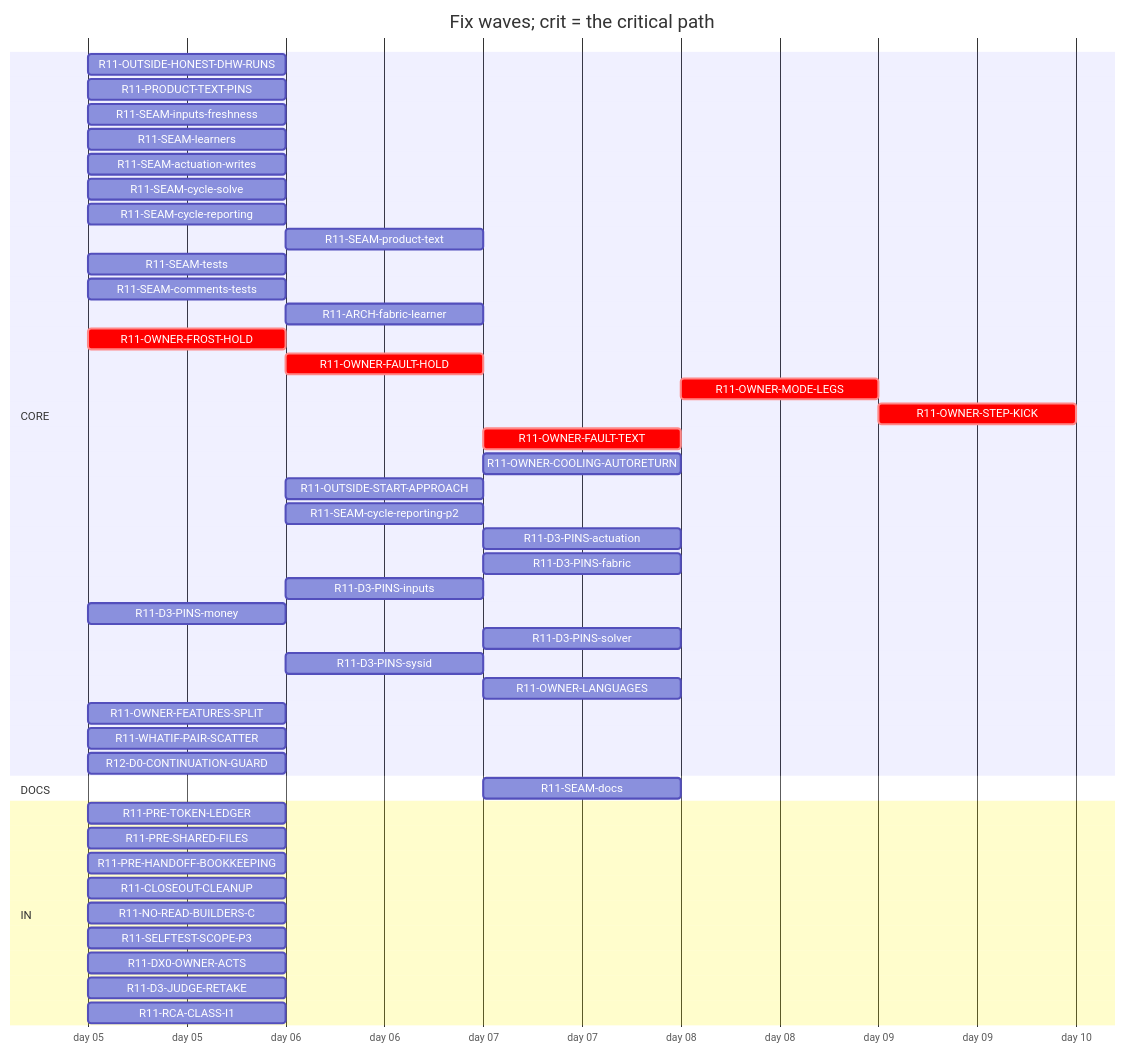
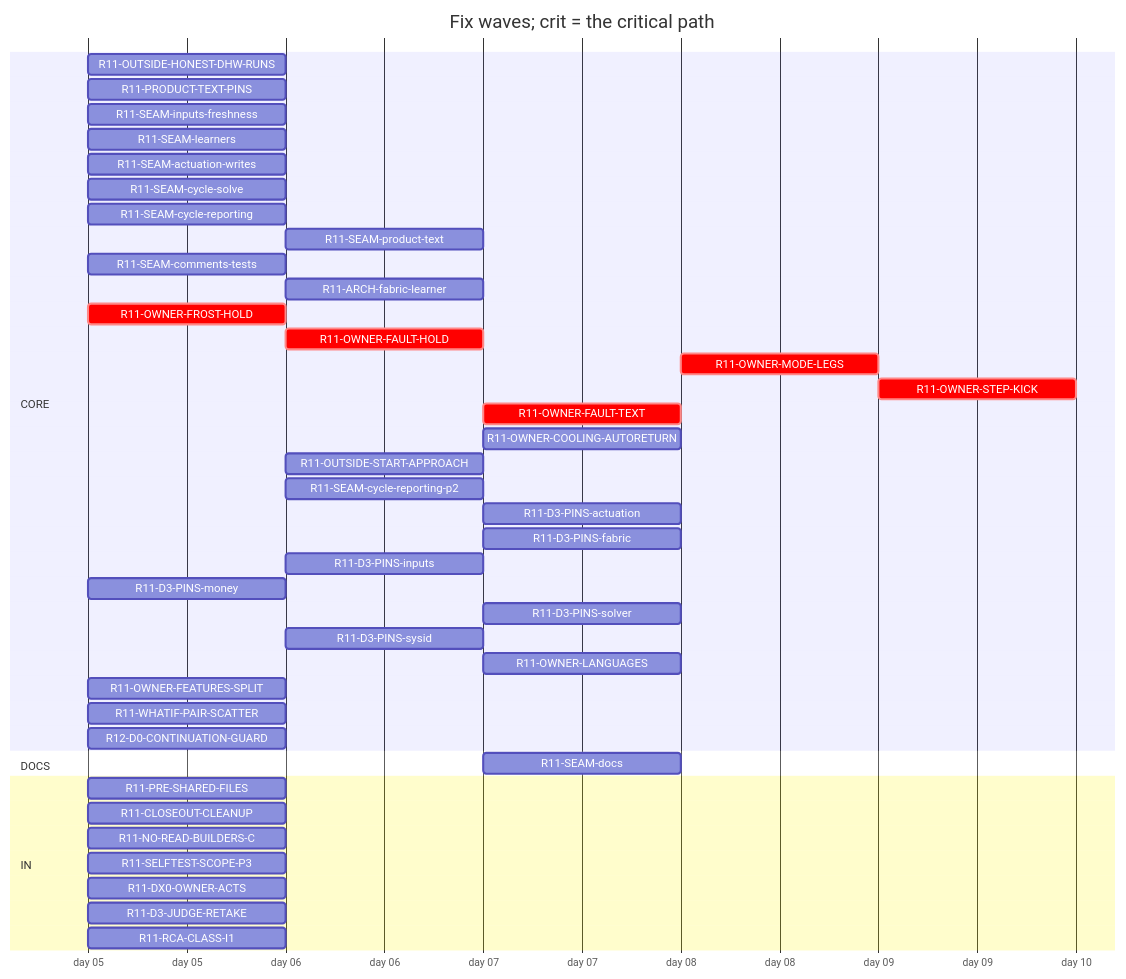
One commit to tvofi/heatpump_optimizer changed the diagram in handoff/round11/state/PLAN-TABLE.md. Above: the diagram before and after it, drawn with Mermaid. The commit also changed other lines of this file and 4 other files, not shown here.

Commit message:
state: FLOW-BOARD.md, NEXT-SESSION-PROMPT.md, PLAN-TABLE.md, PLAN.html, RESUME-CURRENT.md regenerated (state_docs.py)

````diff
--- a/handoff/round11/state/PLAN-TABLE.md
+++ b/handoff/round11/state/PLAN-TABLE.md
@@ -16,48 +16,45 @@
 ```mermaid
 gantt
   title Fix waves; crit = the critical path
   dateFormat YYYY-MM-DD
   axisFormat day %d
   section CORE
     R11-OUTSIDE-HONEST-DHW-RUNS :r11OUTSIDEHONESTDHWRUNS, 2026-01-05, 1d
     R11-PRODUCT-TEXT-PINS :r11PRODUCTTEXTPINS, 2026-01-05, 1d
     R11-SEAM-inputs-freshness :r11SEAMinputsfreshness, 2026-01-05, 1d
     R11-SEAM-learners :r11SEAMlearners, 2026-01-05, 1d
     R11-SEAM-actuation-writes :r11SEAMactuationwrites, 2026-01-05, 1d
     R11-SEAM-cycle-solve :r11SEAMcyclesolve, 2026-01-05, 1d
     R11-SEAM-cycle-reporting :r11SEAMcyclereporting, 2026-01-05, 1d
     R11-SEAM-product-text :r11SEAMproducttext, after r11SEAMactuationwrites r11SEAMinputsfreshness r11SEAMcyclesolve r11SEAMcyclereporting, 1d
-    R11-SEAM-tests :r11SEAMtests, 2026-01-05, 1d
     R11-SEAM-comments-tests :r11SEAMcommentstests, 2026-01-05, 1d
     R11-ARCH-fabric-learner :r11ARCHfabriclearner, after r11SEAMlearners, 1d
     R11-OWNER-FROST-HOLD :crit, r11OWNERFROSTHOLD, 2026-01-05, 1d
     R11-OWNER-FAULT-HOLD :crit, r11OWNERFAULTHOLD, after r11OWNERFROSTHOLD, 1d
     R11-OWNER-MODE-LEGS :crit, r11OWNERMODELEGS, after r11OWNERFAULTTEXT, 1d
     R11-OWNER-STEP-KICK :crit, r11OWNERSTEPKICK, after r11OWNERMODELEGS, 1d
     R11-OWNER-FAULT-TEXT :crit, r11OWNERFAULTTEXT, after r11OWNERFAULTHOLD, 1d
     R11-OWNER-COOLING-AUTORETURN :r11OWNERCOOLINGAUTORETURN, after r11OWNERFAULTHOLD, 1d
     R11-OUTSIDE-START-APPROACH :r11OUTSIDESTARTAPPROACH, after r11OUTSIDEHONESTDHWRUNS r11SEAMlearners, 1d
     R11-SEAM-cycle-reporting-p2 :r11SEAMcyclereportingp2, after r11SEAMcyclereporting r11SEAMactuationwrites r11SEAMlearners, 1d
     R11-D3-PINS-actuation :r11D3PINSactuation, after r11SEAMactuationwrites r11OWNERFAULTHOLD, 1d
     R11-D3-PINS-fabric :r11D3PINSfabric, after r11ARCHfabriclearner r11SEAMcyclereporting r11OUTSIDESTARTAPPROACH, 1d
     R11-D3-PINS-inputs :r11D3PINSinputs, after r11SEAMinputsfreshness, 1d
     R11-D3-PINS-money :r11D3PINSmoney, 2026-01-05, 1d
     R11-D3-PINS-solver :r11D3PINSsolver, after r11OUTSIDESTARTAPPROACH r11SEAMcyclereporting, 1d
     R11-D3-PINS-sysid :r11D3PINSsysid, after r11SEAMlearners, 1d
     R11-OWNER-LANGUAGES :r11OWNERLANGUAGES, after r11SEAMproducttext, 1d
     R11-OWNER-FEATURES-SPLIT :r11OWNERFEATURESSPLIT, 2026-01-05, 1d
     R11-WHATIF-PAIR-SCATTER :r11WHATIFPAIRSCATTER, 2026-01-05, 1d
     R12-D0-CONTINUATION-GUARD :r12D0CONTINUATIONGUARD, 2026-01-05, 1d
   section DOCS
     R11-SEAM-docs :r11SEAMdocs, after r11SEAMlearners r11SEAMactuationwrites r11SEAMinputsfreshness r11SEAMcyclesolve r11SEAMcyclereporting r11SEAMproducttext, 1d
   section IN
-    R11-PRE-TOKEN-LEDGER :r11PRETOKENLEDGER, 2026-01-05, 1d
     R11-PRE-SHARED-FILES :r11PRESHAREDFILES, 2026-01-05, 1d
-    R11-PRE-HANDOFF-BOOKKEEPING :r11PREHANDOFFBOOKKEEPING, 2026-01-05, 1d
     R11-CLOSEOUT-CLEANUP :r11CLOSEOUTCLEANUP, 2026-01-05, 1d
     R11-NO-READ-BUILDERS-C :r11NOREADBUILDERSC, 2026-01-05, 1d
     R11-SELFTEST-SCOPE-P3 :r11SELFTESTSCOPEP3, 2026-01-05, 1d
     R11-DX0-OWNER-ACTS :r11DX0OWNERACTS, 2026-01-05, 1d
     R11-D3-JUDGE-RETAKE :r11D3JUDGERETAKE, 2026-01-05, 1d
     R11-RCA-CLASS-I1 :r11RCACLASSI1, 2026-01-05, 1d
 ```
````
